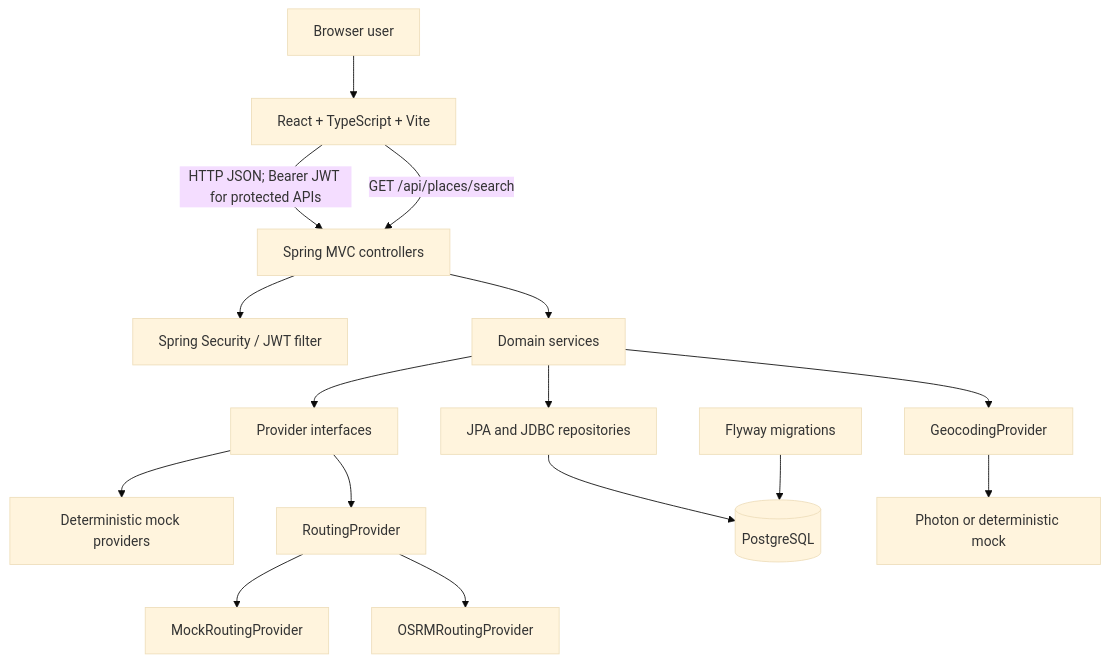
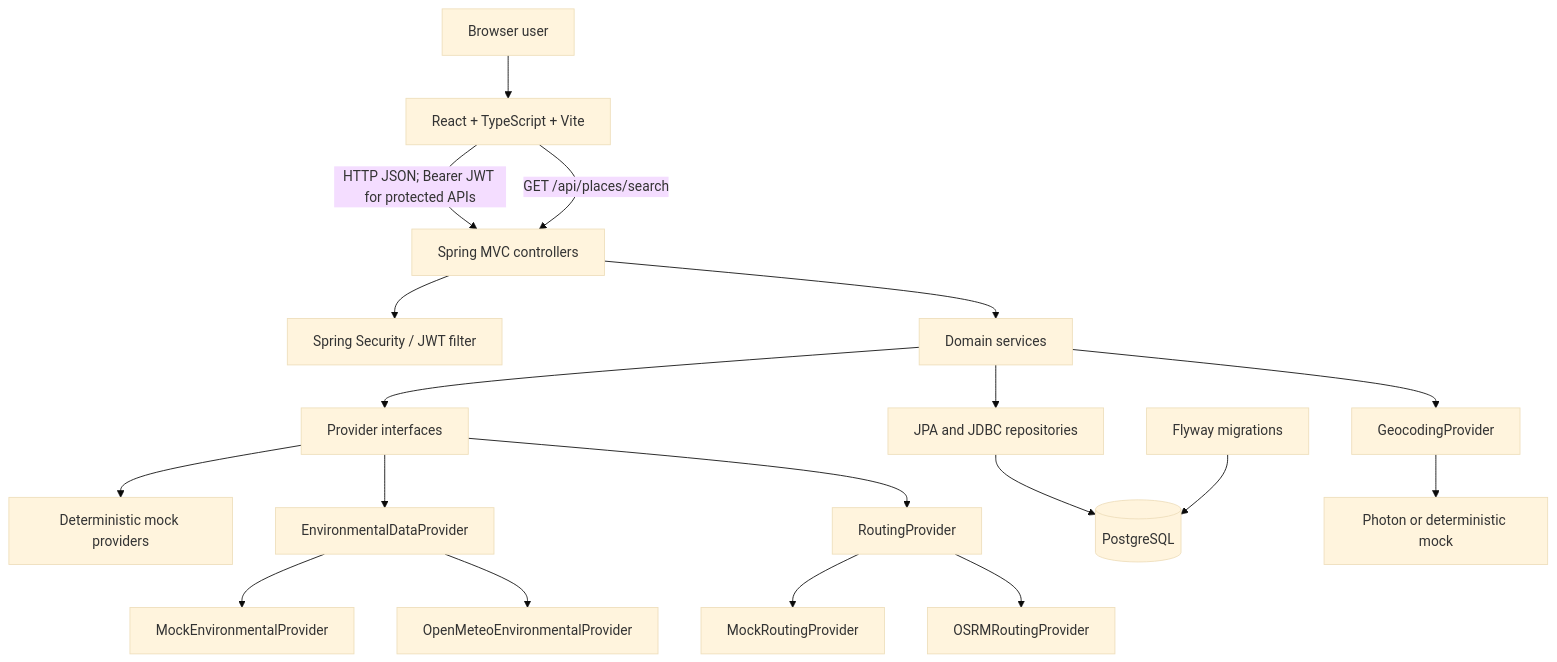
One commit to AarishSharmaComp/CleanRoute changed the first of 7 diagrams in docs/handoff/ARCHITECTURE_DETAILED.md. Above: the diagram before and after it, drawn with Mermaid (base theme). The commit also changed other lines of this file and 19 other files, not shown here.

Commit message:
Add real environmental data provider architecture

````diff
--- a/docs/handoff/ARCHITECTURE_DETAILED.md
+++ b/docs/handoff/ARCHITECTURE_DETAILED.md
@@ -9,18 +9,21 @@
 ```mermaid
 flowchart TD
   U[Browser user] --> FE[React + TypeScript + Vite]
   FE -->|HTTP JSON; Bearer JWT for protected APIs| API[Spring MVC controllers]
   API --> SEC[Spring Security / JWT filter]
   API --> SVC[Domain services]
   SVC --> P[Provider interfaces]
-  P --> MOCK[Deterministic mock providers]
+   P --> MOCK[Deterministic mock providers]
+   P --> ENV[EnvironmentalDataProvider]
+   ENV --> MOCKENV[MockEnvironmentalProvider]
+   ENV --> OPENMETEO[OpenMeteoEnvironmentalProvider]
   P --> ROUTING[RoutingProvider]
   ROUTING --> MOCKROUTE[MockRoutingProvider]
   ROUTING --> OSRM[OSRMRoutingProvider]
   SVC --> REPO[JPA and JDBC repositories]
   REPO --> DB[(PostgreSQL)]
   MIG[Flyway migrations] --> DB
   FE -->|GET /api/places/search| API
   SVC --> GEO[GeocodingProvider]
   GEO --> PHOTON[Photon or deterministic mock]
 ```
````
